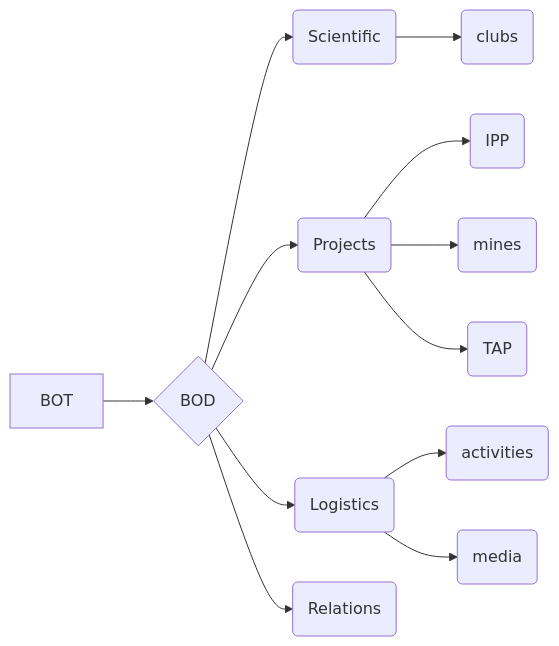
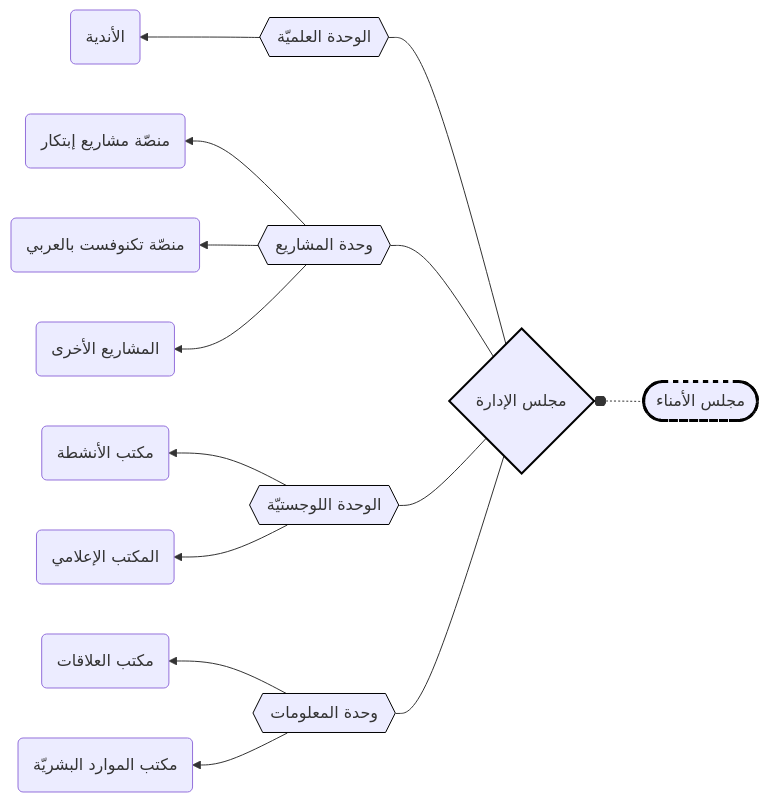
The first of 2 diagrams in README.md (cankanalbir/system1), drawn with Mermaid before and after one commit. The commit also changed other lines of this file, not shown here.

````diff
--- a/README.md
+++ b/README.md
@@ -17,18 +128,28 @@
 ``` mermaid
-flowchart LR
-    BOT[BOT] -->BOD{BOD}
-
-    BOD --> scientific(Scientific)
-    BOD --> projects(Projects)
-    BOD --> logistics(Logistics)
-    BOD --> relations(Relations)
-
-    logistics --> l1(activities)
-    logistics --> l2(media)
-
-    projects --> p1(IPP)
-    projects --> p2(mines)
-    projects --> p3(TAP)
-
-    scientific --> s1(clubs)
+  flowchart RL
+    BOT([مجلس الأمناء]) -.-o BOD{مجلس الإدارة}
+    style BOT stroke:black,stroke-width:3px,stroke-dasharray: 5 5
+    style BOD stroke:black,stroke-width:2px
+    
+    BOD --- scientific{{الوحدة العلميّة}}
+    BOD --- projects{{وحدة المشاريع}}
+    BOD --- logistics{{الوحدة اللوجستيّة}}
+    BOD --- information{{وحدة المعلومات}}
+    
+    style scientific stroke:black
+    style projects stroke:black
+    style logistics stroke:black
+    style information stroke:black
+    
+    logistics --> l1(مكتب الأنشطة)
+    logistics --> l2(المكتب الإعلامي)
+    
+    projects --> p1(منصّة مشاريع إبتكار)
+    projects --> p3(منصّة تكنوفست بالعربي)
+    projects --> p2(المشاريع الأخرى)
+    
+    scientific --> s1(الأندية)
+    
+    information --> i1(مكتب العلاقات)
+    information --> i2(مكتب الموارد البشريّة)
 ```
````
